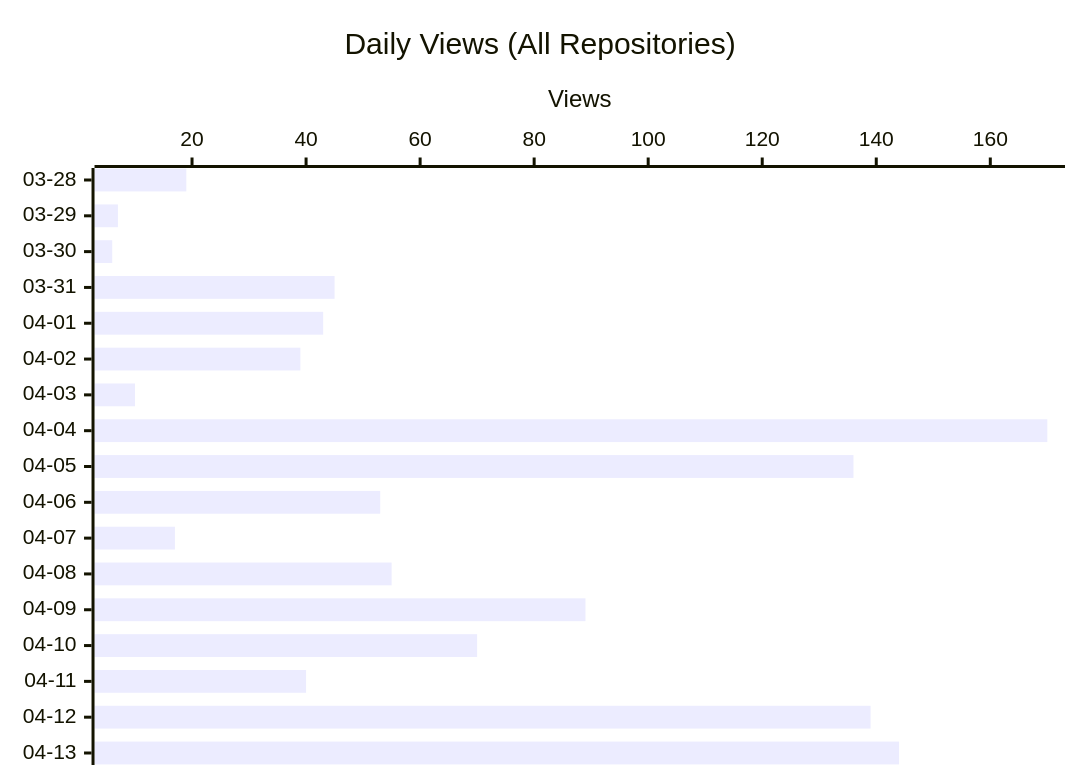
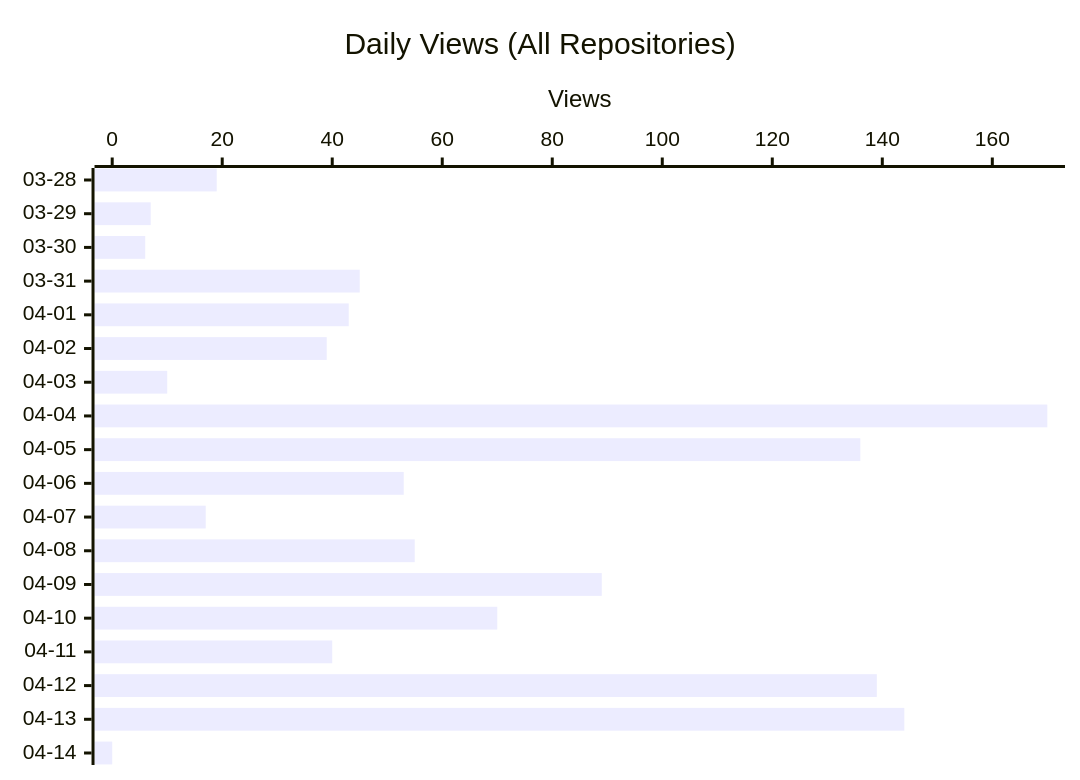
One commit to shigechika/github-insights changed the second of 3 diagrams in README.md. Above: the diagram before and after it, drawn with Mermaid. The commit also changed other lines of this file and 1 other file, not shown here.

````diff
--- a/README.md
+++ b/README.md
@@ -22,7 +22,7 @@
 ```mermaid
 xychart-beta horizontal
     title "Daily Views (All Repositories)"
-    x-axis ["03-28", "03-29", "03-30", "03-31", "04-01", "04-02", "04-03", "04-04", "04-05", "04-06", "04-07", "04-08", "04-09", "04-10", "04-11", "04-12", "04-13"]
+    x-axis ["03-28", "03-29", "03-30", "03-31", "04-01", "04-02", "04-03", "04-04", "04-05", "04-06", "04-07", "04-08", "04-09", "04-10", "04-11", "04-12", "04-13", "04-14"]
     y-axis "Views"
-    bar [19, 7, 6, 45, 43, 39, 10, 170, 136, 53, 17, 55, 89, 70, 40, 139, 144]
+    bar [19, 7, 6, 45, 43, 39, 10, 170, 136, 53, 17, 55, 89, 70, 40, 139, 144, 0]
 ```
````
